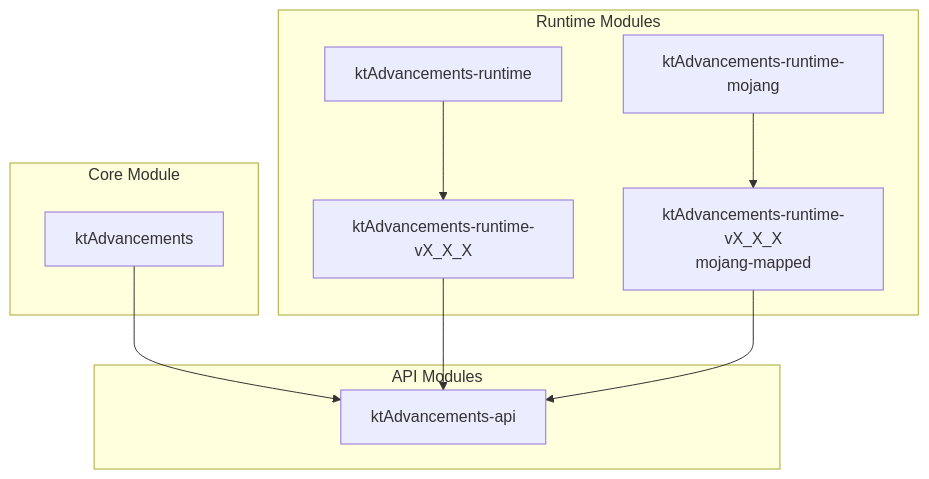
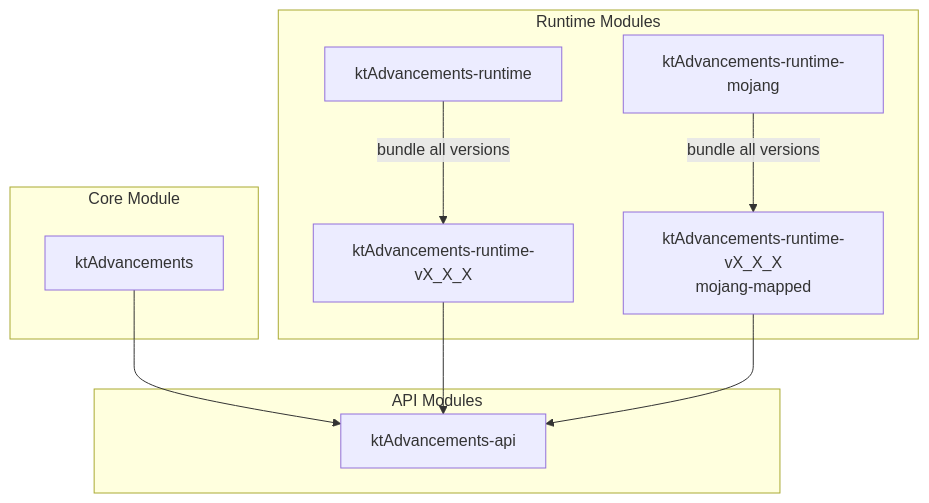
The diagram in README.md (sya-ri/ktAdvancements), drawn with Mermaid before and after one commit. The commit also changed other lines of this file, not shown here.

Commit message:
docs: Improve descriptions

````diff
--- a/README.md
+++ b/README.md
@@ -168,19 +168,19 @@
 ```mermaid
 graph TD
     subgraph Core[Core Module]
         A[ktAdvancements]
     end
 
     subgraph API[API Modules]
         E[ktAdvancements-api]
     end
 
     subgraph Runtime[Runtime Modules]
-        G[ktAdvancements-runtime] --> H[ktAdvancements-runtime-vX_X_X]
-        K[ktAdvancements-runtime-mojang] --> L[ktAdvancements-runtime-vX_X_X<br>mojang-mapped]
+        G[ktAdvancements-runtime] -->|"bundle all versions"| H[ktAdvancements-runtime-vX_X_X]
+        K[ktAdvancements-runtime-mojang] -->|"bundle all versions"| L[ktAdvancements-runtime-vX_X_X<br>mojang-mapped]
     end
 
     A --> E
     H --> E
     L --> E
 ```
````
